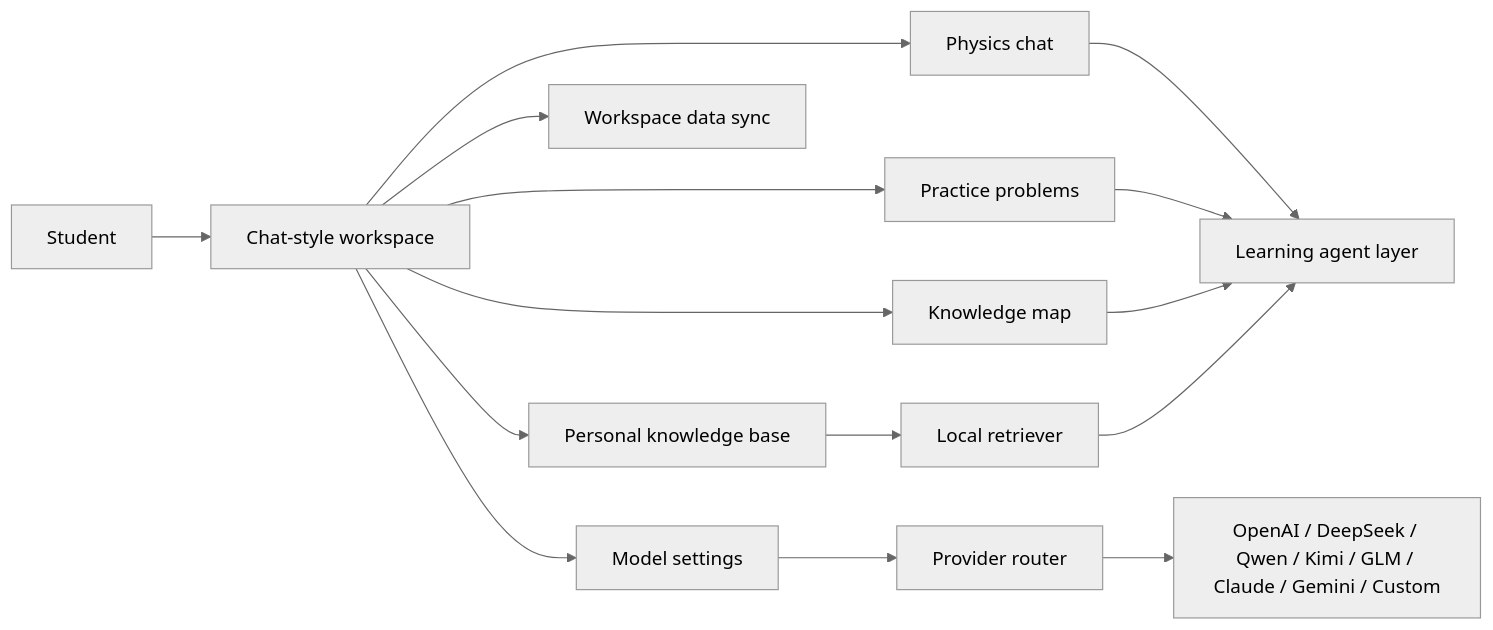
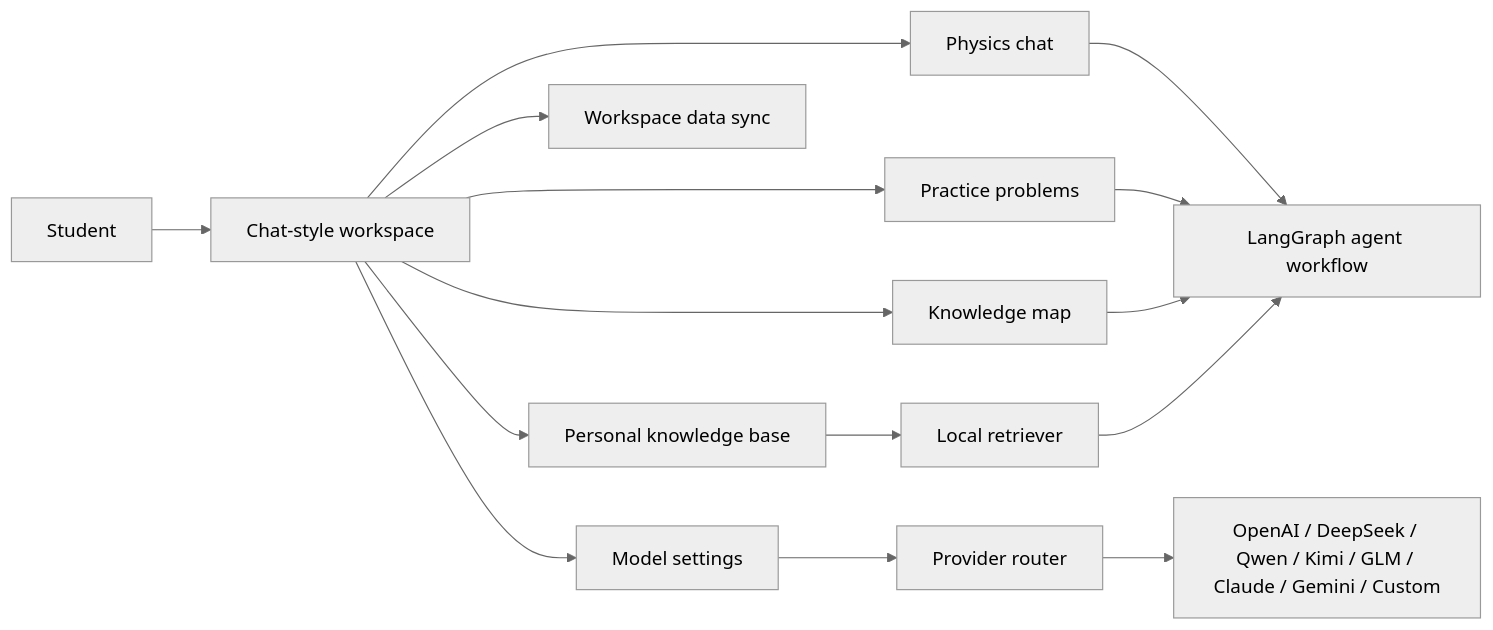
The first of 5 diagrams in README.md (lizr-phys/physics-learning-agent), drawn with Mermaid (neutral theme) before and after one commit. The commit also changed other lines of this file and 9 other files, not shown here.

Commit message:
Introduce LangGraph agent workflow

````diff
--- a/README.md
+++ b/README.md
@@ -36,18 +41,18 @@
 ```mermaid
 flowchart LR
   Student["Student"] --> Workspace["Chat-style workspace"]
   Workspace --> Chat["Physics chat"]
   Workspace --> Practice["Practice problems"]
   Workspace --> Map["Knowledge map"]
   Workspace --> KB["Personal knowledge base"]
   Workspace --> DataSync["Workspace data sync"]
   Workspace --> Settings["Model settings"]
 
-  Chat --> Agent["Learning agent layer"]
+  Chat --> Agent["LangGraph agent workflow"]
   Practice --> Agent
   Map --> Agent
   KB --> Retriever["Local retriever"]
   Retriever --> Agent
   Settings --> Router["Provider router"]
   Router --> Models["OpenAI / DeepSeek / Qwen / Kimi / GLM / Claude / Gemini / Custom"]
 ```
````
